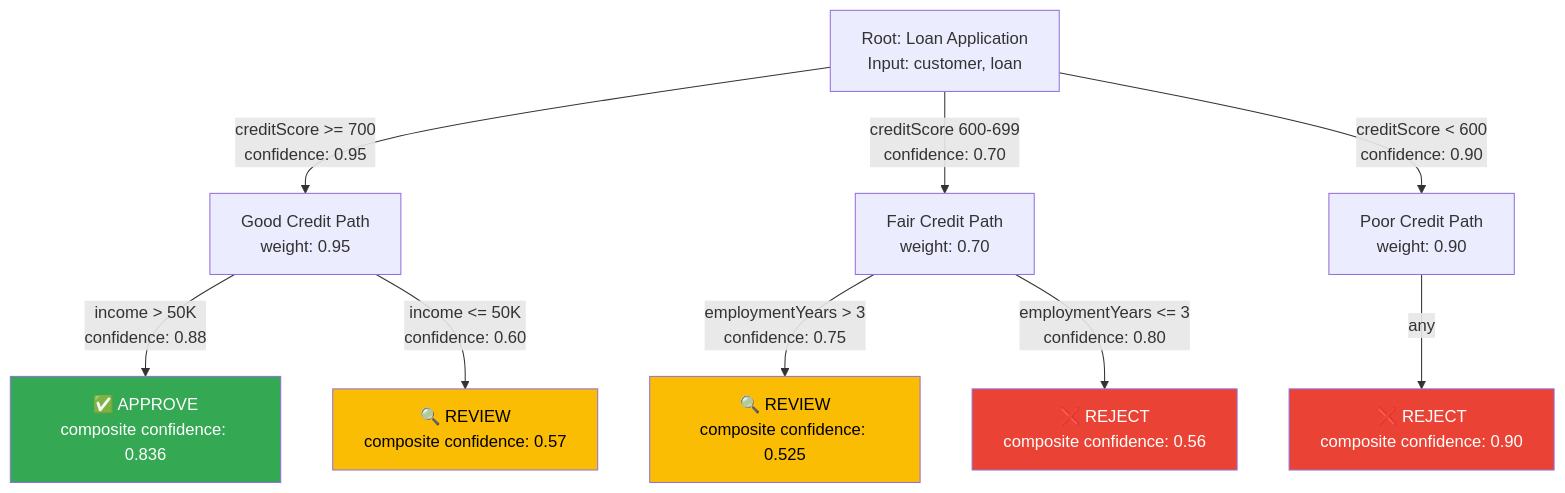
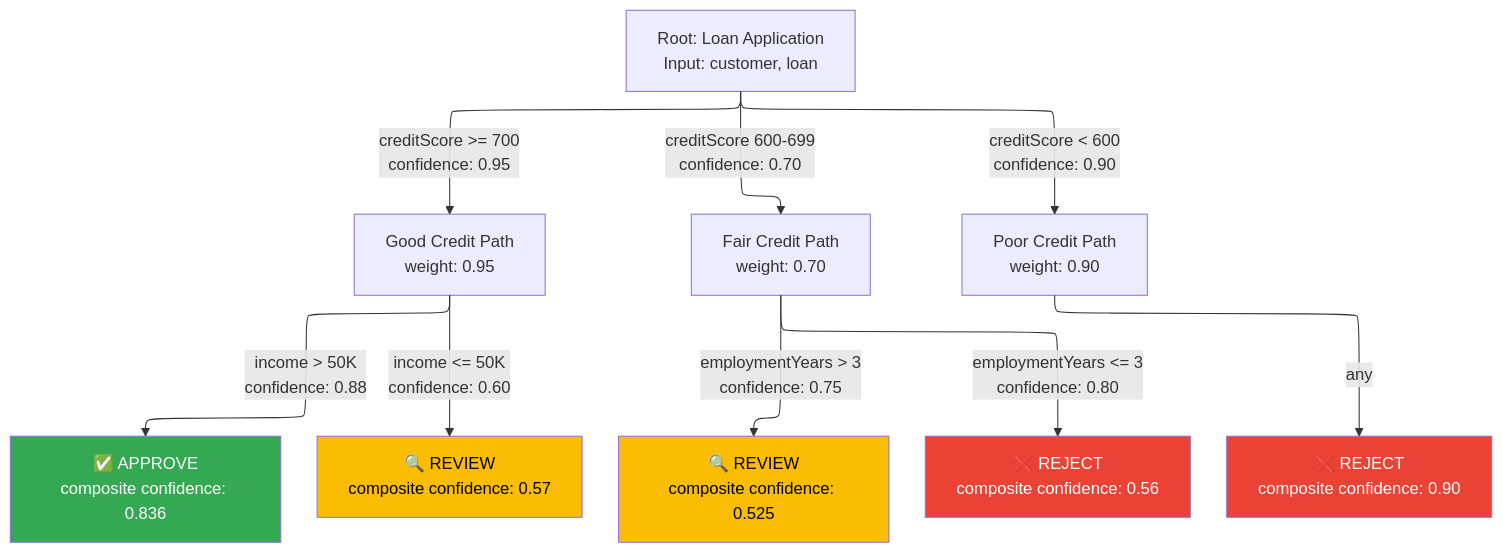
One commit to simbataisa/Ruleforge changed the ninth of 18 diagrams in docs/architecture/RuleForge-Engine-Core-Architecture-v2.1.md. Above: the diagram before and after it, drawn with Mermaid. The commit also changed other lines of this file and 34 other files, not shown here.

````diff
--- a/docs/architecture/RuleForge-Engine-Core-Architecture-v2.1.md
+++ b/docs/architecture/RuleForge-Engine-Core-Architecture-v2.1.md
@@ -647,22 +764,31 @@
 ```mermaid
+---
+config:
+  layout: elk
+  elk:
+    # Merges parallel edges into one
+    mergeEdges: true
+    # Configures how nodes are placed, affecting connector paths
+    nodePlacementStrategy: LINEAR_SEGMENTS
+---
 graph TB
     ROOT["Root: Loan Application<br/>Input: customer, loan"]
 
     ROOT -->|"creditScore >= 700<br/>confidence: 0.95"| GOOD["Good Credit Path<br/>weight: 0.95"]
     ROOT -->|"creditScore 600-699<br/>confidence: 0.70"| FAIR["Fair Credit Path<br/>weight: 0.70"]
     ROOT -->|"creditScore < 600<br/>confidence: 0.90"| POOR["Poor Credit Path<br/>weight: 0.90"]
 
     GOOD -->|"income > 50K<br/>confidence: 0.88"| APPROVE["✅ APPROVE<br/>composite confidence: 0.836"]
     GOOD -->|"income <= 50K<br/>confidence: 0.60"| REVIEW1["🔍 REVIEW<br/>composite confidence: 0.57"]
 
     FAIR -->|"employmentYears > 3<br/>confidence: 0.75"| REVIEW2["🔍 REVIEW<br/>composite confidence: 0.525"]
     FAIR -->|"employmentYears <= 3<br/>confidence: 0.80"| REJECT1["❌ REJECT<br/>composite confidence: 0.56"]
 
     POOR -->|"any"| REJECT2["❌ REJECT<br/>composite confidence: 0.90"]
 
     style APPROVE fill:#34a853,color:#fff
     style REVIEW1 fill:#fbbc04,color:#000
     style REVIEW2 fill:#fbbc04,color:#000
     style REJECT1 fill:#ea4335,color:#fff
     style REJECT2 fill:#ea4335,color:#fff
 ```
````
